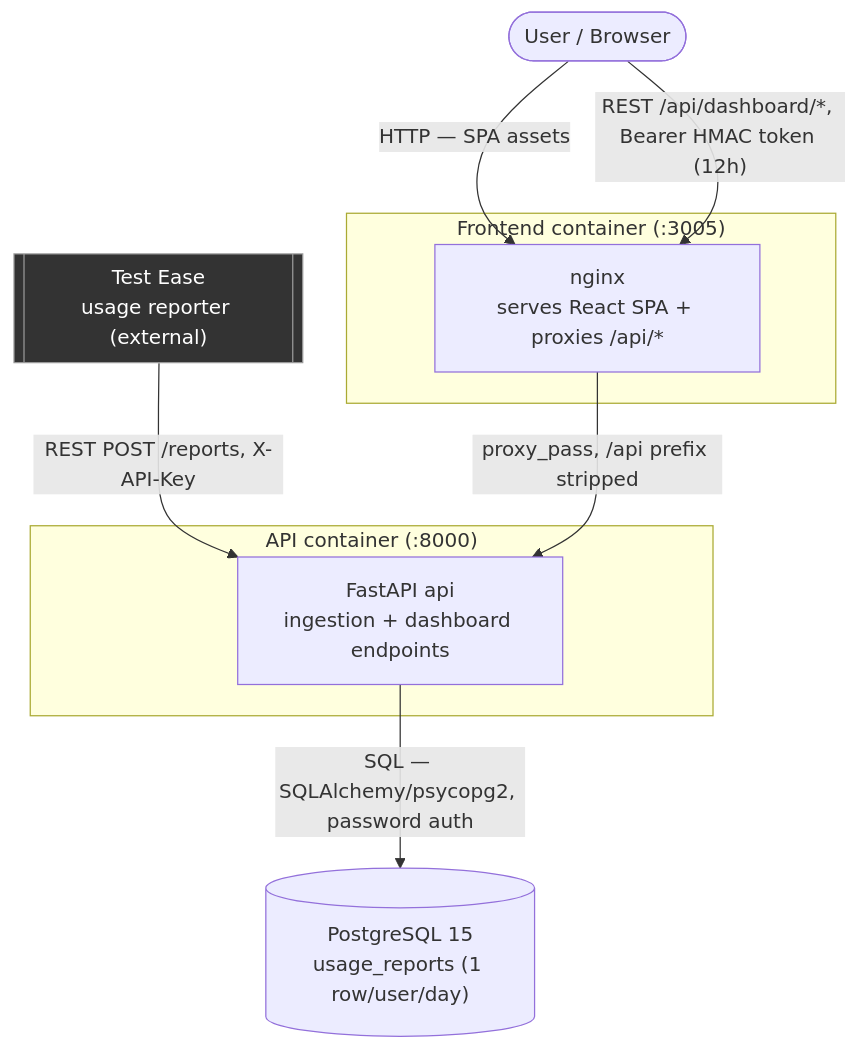
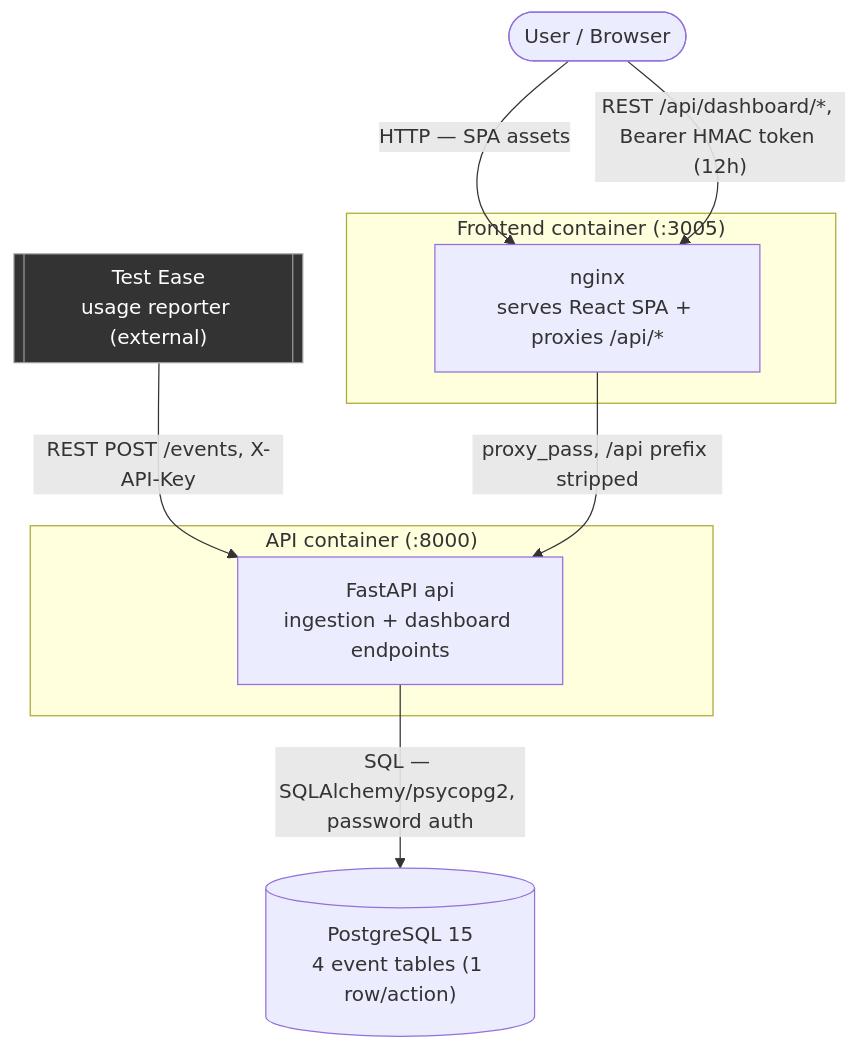
One commit to senthilp1989/usage-tracker changed the diagram in docs/architecture/system-diagram.md. Above: the diagram before and after it, drawn with Mermaid. The commit also changed other lines of this file and 19 other files, not shown here.

````diff
--- a/docs/architecture/system-diagram.md
+++ b/docs/architecture/system-diagram.md
@@ -17,24 +18,24 @@
 ```mermaid
 flowchart TD
     User(["User / Browser"])
     TE[["Test Ease<br/>usage reporter (external)"]]
 
     subgraph FrontendContainer ["Frontend container (:3005)"]
         NGINX["nginx<br/>serves React SPA + proxies /api/*"]
     end
 
     subgraph ApiContainer ["API container (:8000)"]
         API["FastAPI api<br/>ingestion + dashboard endpoints"]
     end
 
-    DB[("PostgreSQL 15<br/>usage_reports (1 row/user/day)")]
+    DB[("PostgreSQL 15<br/>4 event tables (1 row/action)")]
 
-    TE -->|"REST POST /reports, X-API-Key"| API
+    TE -->|"REST POST /events, X-API-Key"| API
     User -->|"HTTP — SPA assets"| NGINX
     User -->|"REST /api/dashboard/*, Bearer HMAC token (12h)"| NGINX
     NGINX -->|"proxy_pass, /api prefix stripped"| API
     API -->|"SQL — SQLAlchemy/psycopg2, password auth"| DB
 
     classDef external fill:#333,stroke:#999,color:#fff;
     class TE external;
 ```
````
